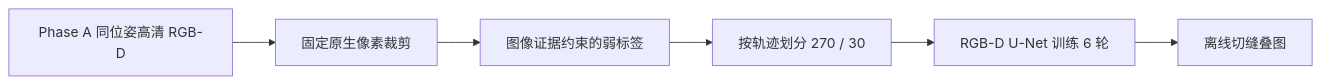
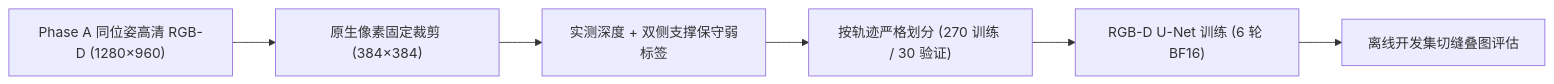
Before and after one commit to Krist21a/davinci-multiarm-rcm-simulation: the fourth of 4 diagrams in README.md, drawn with Mermaid. The commit also changed other lines of this file, not shown here.

Commit message:
Rewrite README.md with structured architecture, workload overview, and visuals

````diff
--- a/README.md
+++ b/README.md
@@ -33,8 +286,8 @@
 ```mermaid
 flowchart LR
-    A[Phase A 同位姿高清 RGB-D] --> B[固定原生像素裁剪]
-    B --> C[图像证据约束的弱标签]
-    C --> D[按轨迹划分 270 / 30]
-    D --> E[RGB-D U-Net 训练 6 轮]
-    E --> F[离线切缝叠图]
+    A["Phase A 同位姿高清 RGB-D (1280×960)"] --> B["原生像素固定裁剪 (384×384)"]
+    B --> C["实测深度 + 双侧支撑保守弱标签"]
+    C --> D["按轨迹严格划分 (270 训练 / 30 验证)"]
+    D --> E["RGB-D U-Net 训练 (6 轮 BF16)"]
+    E --> F["离线开发集切缝叠图评估"]
 ```
````
